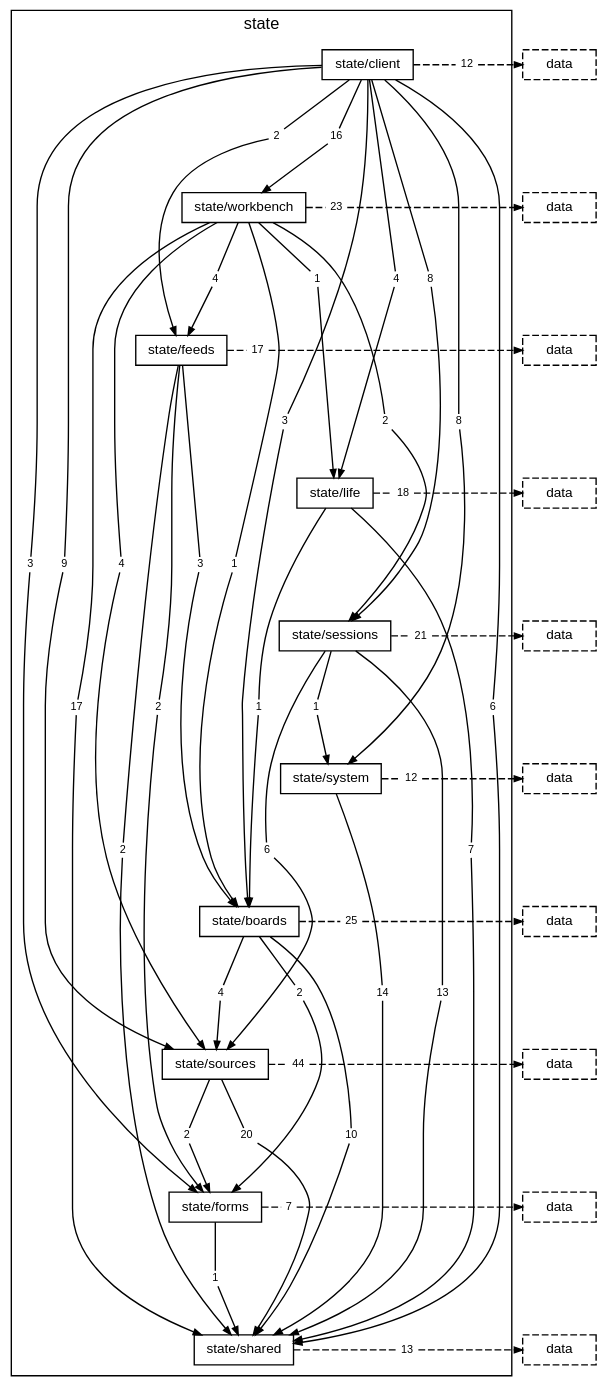
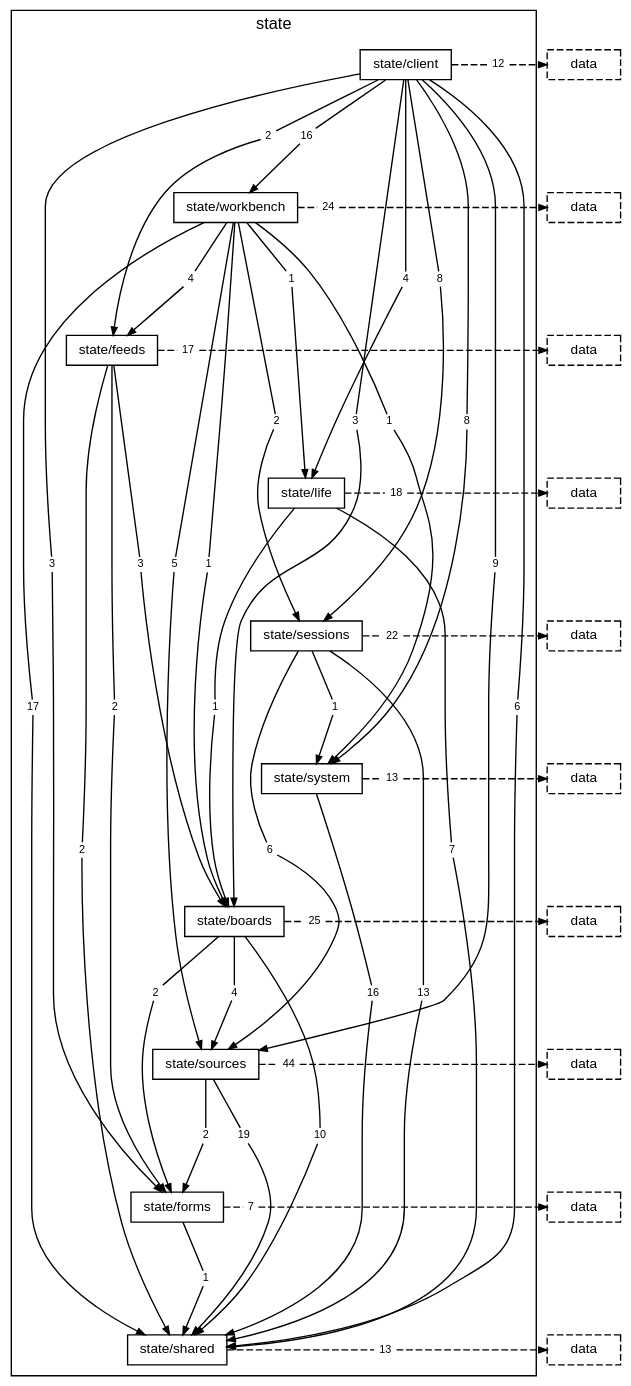
Before and after one commit to TheAxeC/oculus: the diagram in docs/diagrams/layer-state.dot, drawn with Graphviz. The commit also changed 108 other files, not shown here.

```diff
--- a/docs/diagrams/layer-state.dot
+++ b/docs/diagrams/layer-state.dot
@@ -29,8 +29,9 @@
         "folder state/workbench to folder state/life" [label="1", shape=box, color="transparent", fontsize=8, width=0, height=0, margin="0.04,0.02"];
         "folder state/workbench to folder state/sessions" [label="2", shape=box, color="transparent", fontsize=8, width=0, height=0, margin="0.04,0.02"];
         "folder state/workbench to folder state/shared" [label="17", shape=box, color="transparent", fontsize=8, width=0, height=0, margin="0.04,0.02"];
-        "folder state/workbench to folder state/sources" [label="4", shape=box, color="transparent", fontsize=8, width=0, height=0, margin="0.04,0.02"];
-        "folder state/workbench to layer data" [label="23", shape=box, color="transparent", fontsize=8, width=0, height=0, margin="0.04,0.02"];
+        "folder state/workbench to folder state/sources" [label="5", shape=box, color="transparent", fontsize=8, width=0, height=0, margin="0.04,0.02"];
+        "folder state/workbench to folder state/system" [label="1", shape=box, color="transparent", fontsize=8, width=0, height=0, margin="0.04,0.02"];
+        "folder state/workbench to layer data" [label="24", shape=box, color="transparent", fontsize=8, width=0, height=0, margin="0.04,0.02"];
         "folder state/feeds to folder state/boards" [label="3", shape=box, color="transparent", fontsize=8, width=0, height=0, margin="0.04,0.02"];
         "folder state/feeds to folder state/forms" [label="2", shape=box, color="transparent", fontsize=8, width=0, height=0, margin="0.04,0.02"];
         "folder state/feeds to folder state/shared" [label="2", shape=box, color="transparent", fontsize=8, width=0, height=0, margin="0.04,0.02"];
@@ -41,15 +42,15 @@
         "folder state/sessions to folder state/shared" [label="13", shape=box, color="transparent", fontsize=8, width=0, height=0, margin="0.04,0.02"];
         "folder state/sessions to folder state/sources" [label="6", shape=box, color="transparent", fontsize=8, width=0, height=0, margin="0.04,0.02"];
         "folder state/sessions to folder state/system" [label="1", shape=box, color="transparent", fontsize=8, width=0, height=0, margin="0.04,0.02"];
-        "folder state/sessions to layer data" [label="21", shape=box, color="transparent", fontsize=8, width=0, height=0, margin="0.04,0.02"];
-        "folder state/system to folder state/shared" [label="14", shape=box, color="transparent", fontsize=8, width=0, height=0, margin="0.04,0.02"];
-        "folder state/system to layer data" [label="12", shape=box, color="transparent", fontsize=8, width=0, height=0, margin="0.04,0.02"];
+        "folder state/sessions to layer data" [label="22", shape=box, color="transparent", fontsize=8, width=0, height=0, margin="0.04,0.02"];
+        "folder state/system to folder state/shared" [label="16", shape=box, color="transparent", fontsize=8, width=0, height=0, margin="0.04,0.02"];
+        "folder state/system to layer data" [label="13", shape=box, color="transparent", fontsize=8, width=0, height=0, margin="0.04,0.02"];
         "folder state/boards to folder state/forms" [label="2", shape=box, color="transparent", fontsize=8, width=0, height=0, margin="0.04,0.02"];
         "folder state/boards to folder state/shared" [label="10", shape=box, color="transparent", fontsize=8, width=0, height=0, margin="0.04,0.02"];
         "folder state/boards to folder state/sources" [label="4", shape=box, color="transparent", fontsize=8, width=0, height=0, margin="0.04,0.02"];
         "folder state/boards to layer data" [label="25", shape=box, color="transparent", fontsize=8, width=0, height=0, margin="0.04,0.02"];
         "folder state/sources to folder state/forms" [label="2", shape=box, color="transparent", fontsize=8, width=0, height=0, margin="0.04,0.02"];
-        "folder state/sources to folder state/shared" [label="20", shape=box, color="transparent", fontsize=8, width=0, height=0, margin="0.04,0.02"];
+        "folder state/sources to folder state/shared" [label="19", shape=box, color="transparent", fontsize=8, width=0, height=0, margin="0.04,0.02"];
         "folder state/sources to layer data" [label="44", shape=box, color="transparent", fontsize=8, width=0, height=0, margin="0.04,0.02"];
         "folder state/forms to folder state/shared" [label="1", shape=box, color="transparent", fontsize=8, width=0, height=0, margin="0.04,0.02"];
         "folder state/forms to layer data" [label="7", shape=box, color="transparent", fontsize=8, width=0, height=0, margin="0.04,0.02"];
@@ -107,6 +108,8 @@
     "folder state/workbench to folder state/shared" -> "folder state/shared" [];
     "folder state/workbench" -> "folder state/workbench to folder state/sources" [arrowhead=none, minlen=5, weight=10];
     "folder state/workbench to folder state/sources" -> "folder state/sources" [];
+    "folder state/workbench" -> "folder state/workbench to folder state/system" [arrowhead=none, minlen=3, weight=10];
+    "folder state/workbench to folder state/system" -> "folder state/system" [];
     "folder state/workbench" -> "folder state/workbench to layer data" [arrowhead=none, style=dashed];
     "folder state/workbench to layer data" -> "layer data from folder state/workbench" [style=dashed];
     { rank=same; "folder state/workbench"; "folder state/workbench to layer data"; "layer data from folder state/workbench"; }
```
